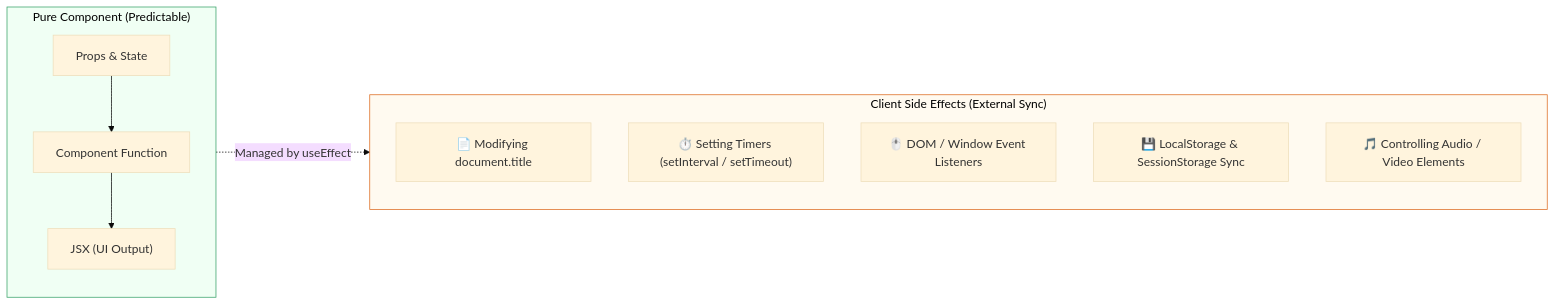
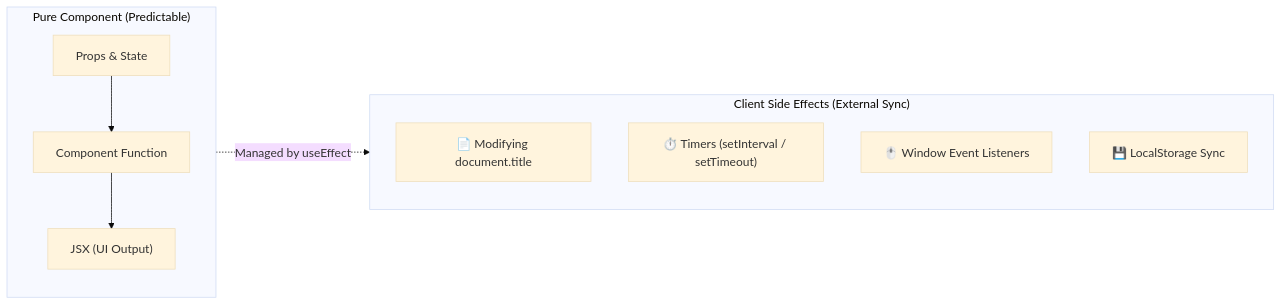
One commit to Ari-ICU/full-stack-short-coures changed the diagram in src/courses/react/module-4-useeffect/01-useeffect-fundamentals.mdx. Above: the diagram before and after it, drawn with Mermaid (base theme). The commit also changed other lines of this file and 52 other files, not shown here.

````diff
--- a/src/courses/react/module-4-useeffect/01-useeffect-fundamentals.mdx
+++ b/src/courses/react/module-4-useeffect/01-useeffect-fundamentals.mdx
@@ -37,22 +24,18 @@
 ```mermaid
 flowchart LR
     subgraph PureComponent["Pure Component (Predictable)"]
         direction TB
         Props["Props & State"] --> Comp["Component Function"]
         Comp --> JSX["JSX (UI Output)"]
     end
 
     subgraph SideEffects["Client Side Effects (External Sync)"]
         direction TB
         E1["📄 Modifying document.title"]
-        E2["⏱️ Setting Timers (setInterval / setTimeout)"]
-        E3["🖱️ DOM / Window Event Listeners"]
-        E4["💾 LocalStorage & SessionStorage Sync"]
-        E5["🎵 Controlling Audio / Video Elements"]
+        E2["⏱️ Timers (setInterval / setTimeout)"]
+        E3["🖱️ Window Event Listeners"]
+        E4["💾 LocalStorage Sync"]
     end
 
     Comp -.->|Managed by useEffect| SideEffects
-
-    style PureComponent fill:#f0fff4,stroke:#38a169,color:#000
-    style SideEffects fill:#fffaf0,stroke:#dd6b20,color:#000
 ```
````
